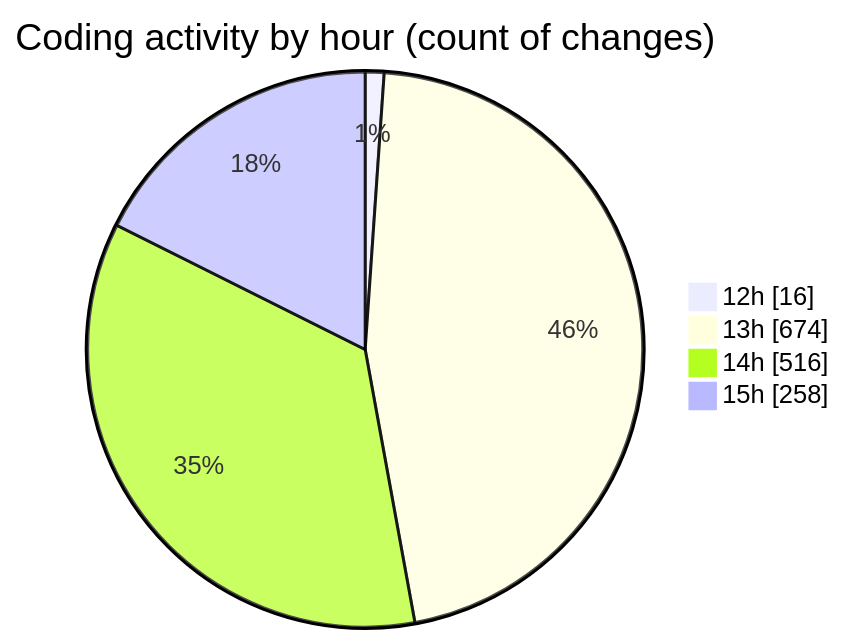
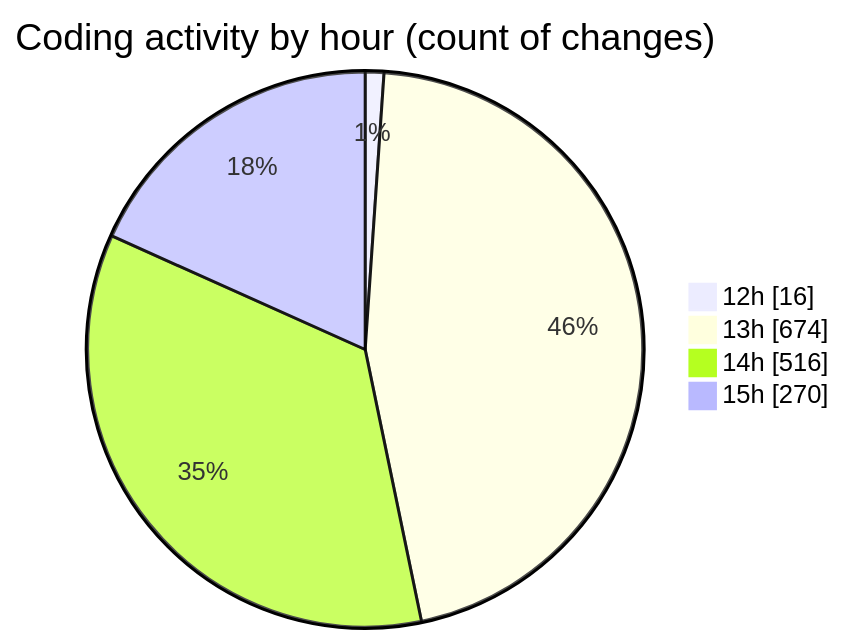
The second of 2 diagrams in 2025-09-16/www/README.md (vahidmafi/code-tracking), drawn with Mermaid before and after one commit. The commit also changed other lines of this file and 1 other file, not shown here.

````diff
--- a/2025-09-16/www/README.md
+++ b/2025-09-16/www/README.md
@@ -598,8 +598,8 @@
 ```mermaid
 pie showData
 title Coding activity by hour (count of changes)
 "12h" : 16
 "13h" : 674
 "14h" : 516
-"15h" : 258
+"15h" : 270
 ```
````
